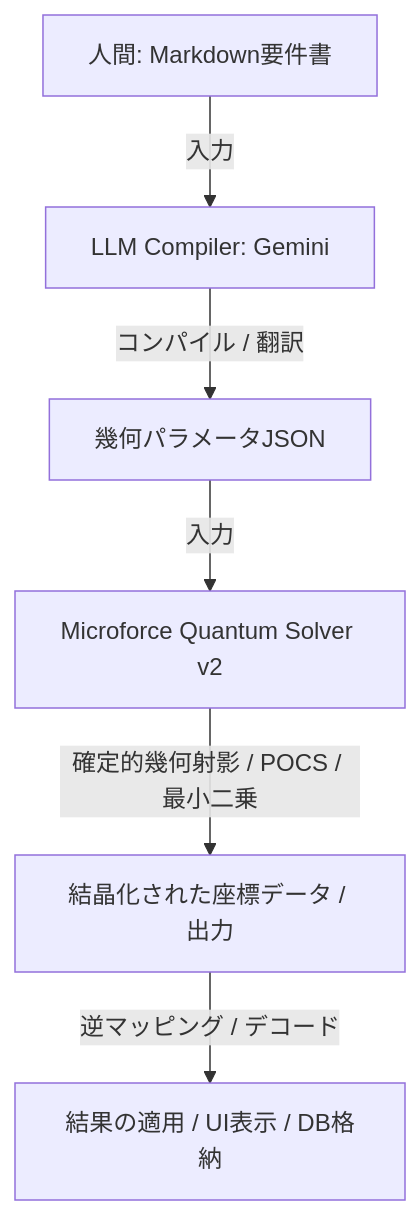
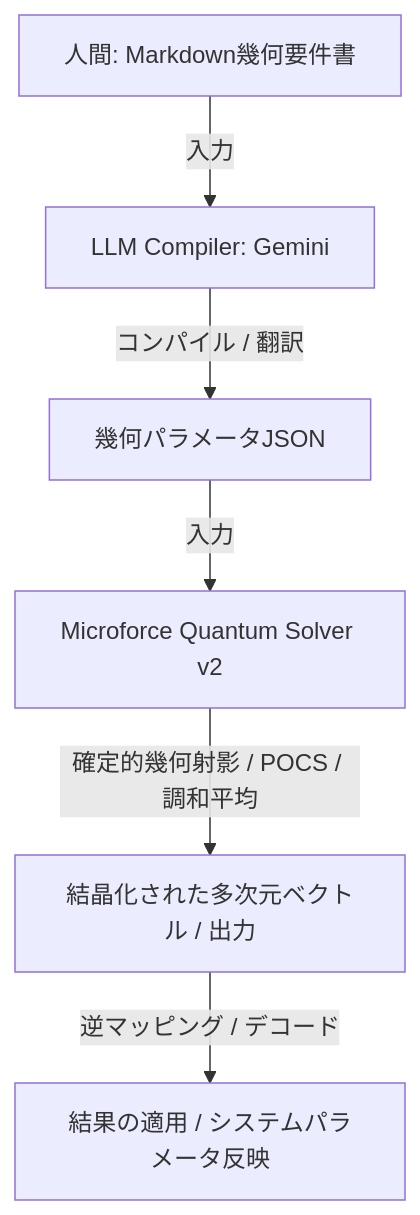
One commit to 2423gen-stack/microforce-quantum-solver changed the diagram in architecture.md. Above: the diagram before and after it, drawn with Mermaid. The commit also changed other lines of this file and 13 other files, not shown here.

````diff
--- a/architecture.md
+++ b/architecture.md
@@ -11,8 +11,8 @@
 ```mermaid
 graph TD
-    A[人間: Markdown要件書] -->|入力| B[LLM Compiler: Gemini]
+    A[人間: Markdown幾何要件書] -->|入力| B[LLM Compiler: Gemini]
     B -->|コンパイル / 翻訳| C[幾何パラメータJSON]
     C -->|入力| D[Microforce Quantum Solver v2]
-    D -->|確定的幾何射影 / POCS / 最小二乗| E[結晶化された座標データ / 出力]
-    E -->|逆マッピング / デコード| F[結果の適用 / UI表示 / DB格納]
+    D -->|確定的幾何射影 / POCS / 調和平均| E[結晶化された多次元ベクトル / 出力]
+    E -->|逆マッピング / デコード| F[結果の適用 / システムパラメータ反映]
 ```
````
